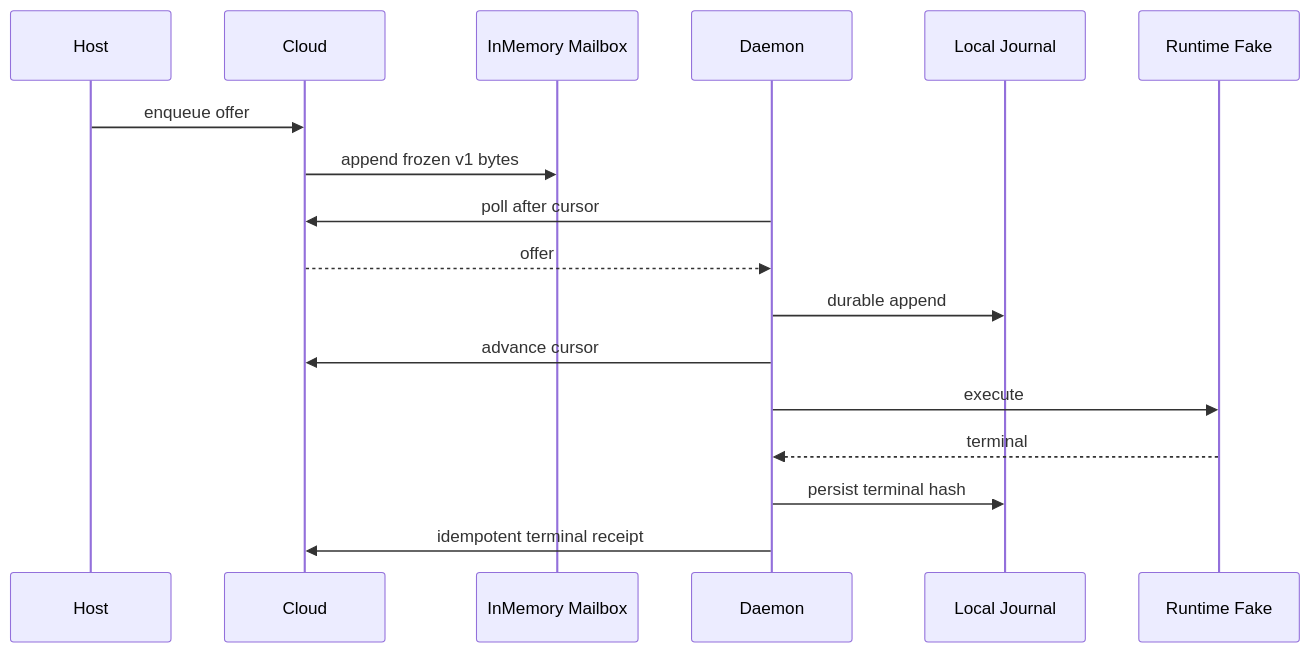
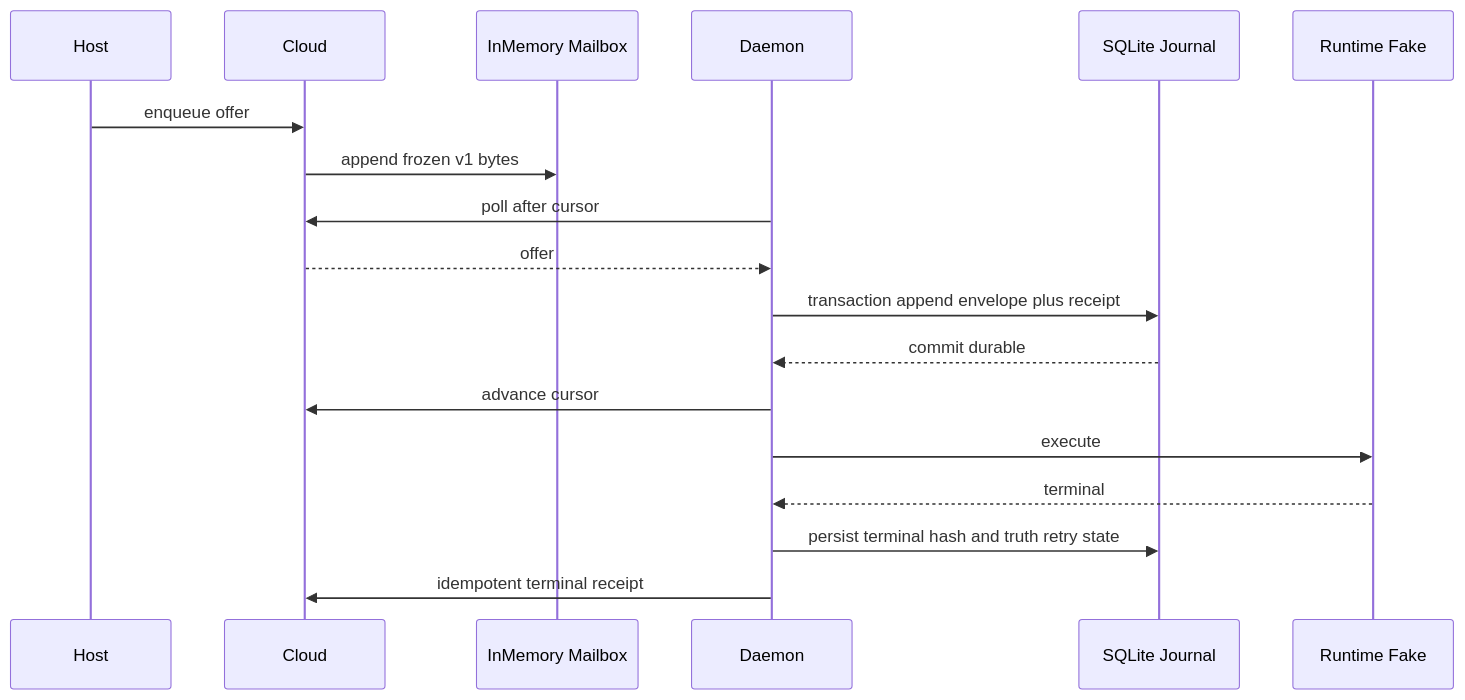
The second of 2 diagrams in plans/sprints/20260807-byok-platform-raft-aligned.sprint.md (Ancienttwo/byok-sdk), drawn with Mermaid before and after one commit. The commit also changed other lines of this file and 2 other files, not shown here.

First line of the commit message:
docs(architecture): merge GPT Pro v2 storage/quota increments

````diff
--- a/plans/sprints/20260807-byok-platform-raft-aligned.sprint.md
+++ b/plans/sprints/20260807-byok-platform-raft-aligned.sprint.md
@@ -486,20 +501,21 @@
 ```mermaid
 sequenceDiagram
   participant H as Host
   participant C as Cloud
   participant M as InMemory Mailbox
   participant D as Daemon
-  participant J as Local Journal
+  participant J as SQLite Journal
   participant R as Runtime Fake
 
   H->>C: enqueue offer
   C->>M: append frozen v1 bytes
   D->>C: poll after cursor
   C-->>D: offer
-  D->>J: durable append
+  D->>J: transaction append envelope plus receipt
+  J-->>D: commit durable
   D->>C: advance cursor
   D->>R: execute
   R-->>D: terminal
-  D->>J: persist terminal hash
+  D->>J: persist terminal hash and truth retry state
   D->>C: idempotent terminal receipt
 ```
````
